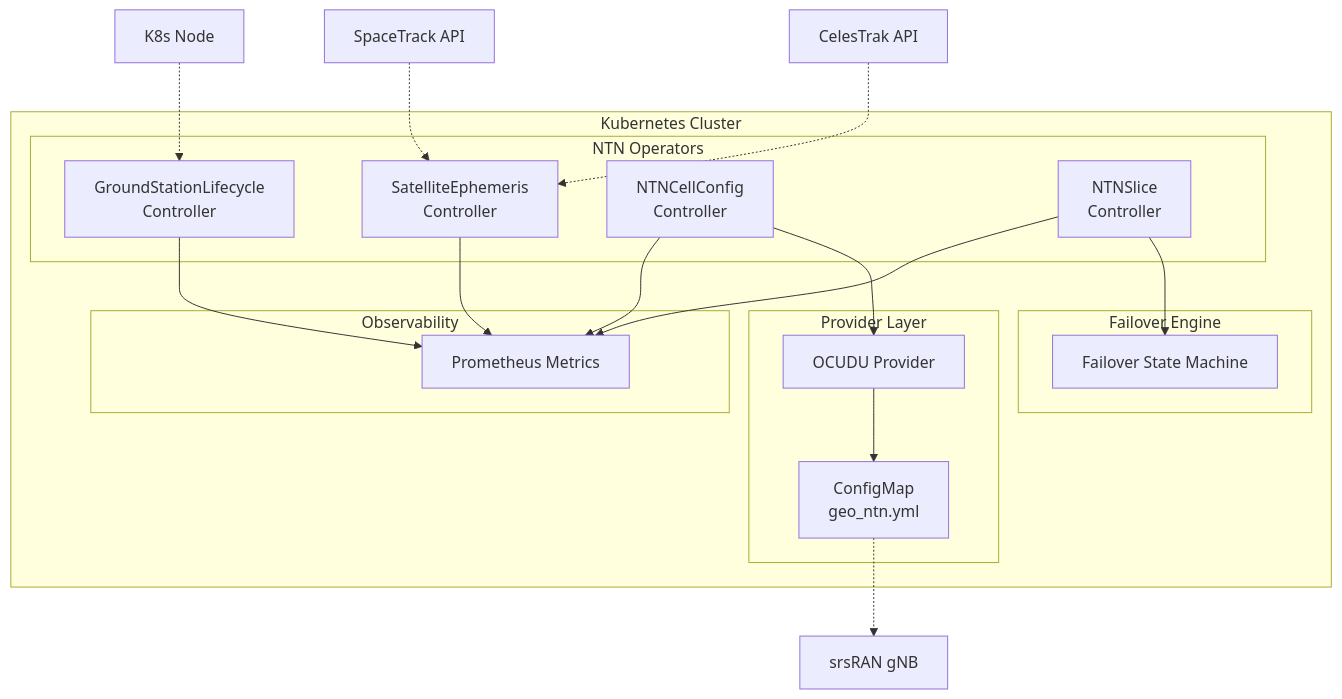
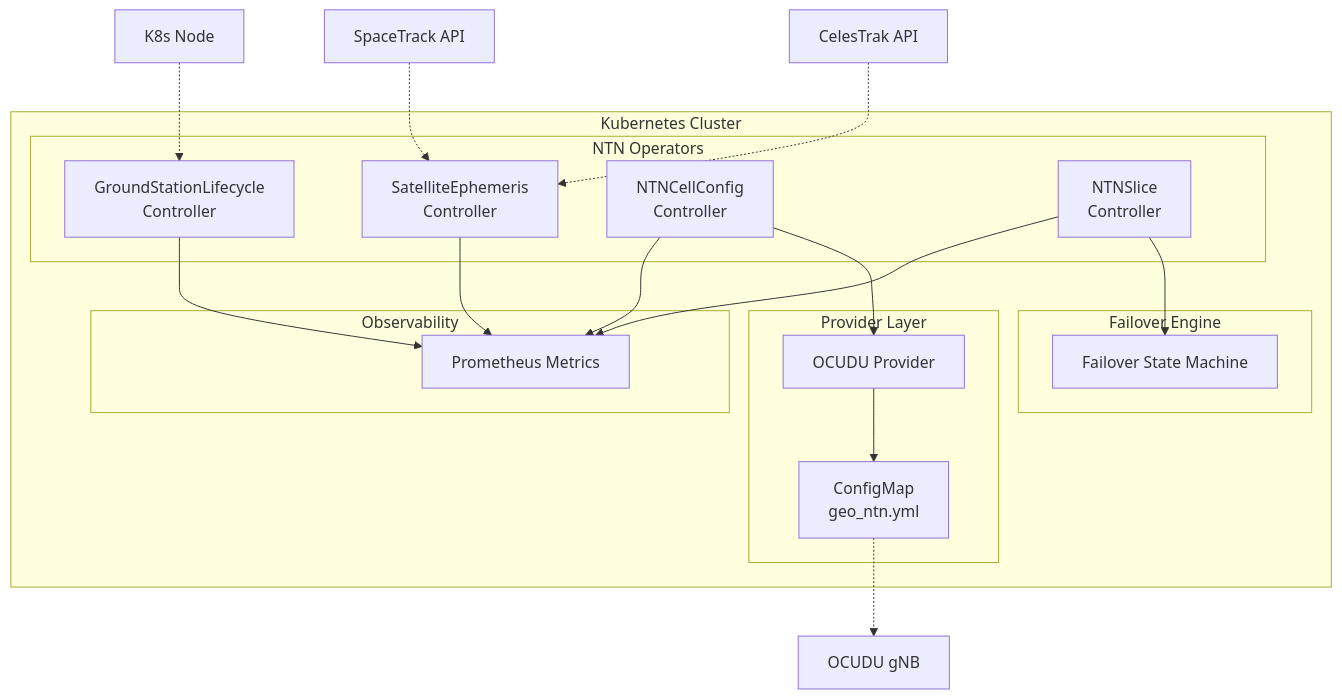
The diagram in README.md (thc1006/ntn-operators), drawn with Mermaid before and after one commit. The commit also changed 3 other files, not shown here.

````diff
--- a/README.md
+++ b/README.md
@@ -19,34 +19,34 @@
 ```mermaid
 graph TB
     subgraph "Kubernetes Cluster"
         subgraph "NTN Operators"
             SE[SatelliteEphemeris<br/>Controller]
             GS[GroundStationLifecycle<br/>Controller]
             NC[NTNCellConfig<br/>Controller]
             NS[NTNSlice<br/>Controller]
         end
 
         subgraph "Provider Layer"
             OP[OCUDU Provider]
             CM[ConfigMap<br/>geo_ntn.yml]
         end
 
         subgraph "Failover Engine"
             FE[Failover State Machine]
         end
 
         subgraph "Observability"
             PM[Prometheus Metrics]
         end
 
         NC --> OP
         OP --> CM
         NS --> FE
         SE & GS & NC & NS --> PM
     end
 
     CL[CelesTrak API] -.-> SE
     ST[SpaceTrack API] -.-> SE
     ND[K8s Node] -.-> GS
-    CM -.-> GNB[srsRAN gNB]
+    CM -.-> GNB[OCUDU gNB]
 ```
````
